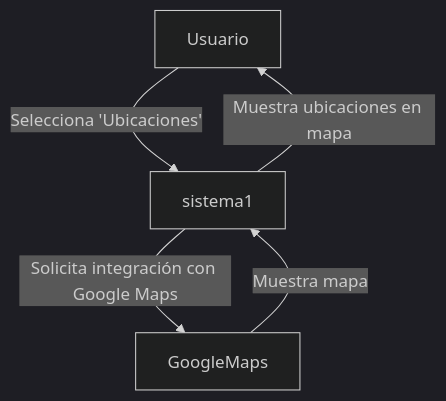
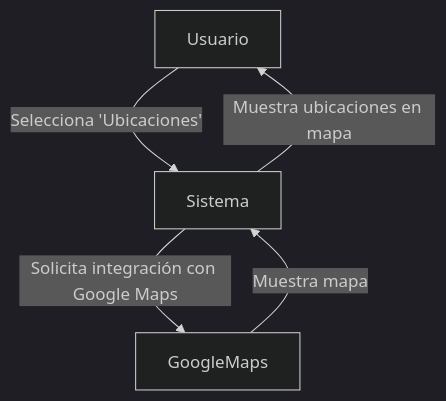
Before and after one commit to UPT-FAING-EPIS/proyecto-si8811a-2024-ii-u2-documentacion-lizarraga_arenas: the seventh of 12 diagrams in README.md, drawn with Mermaid (dark theme). The commit also changed other lines of this file, not shown here.

````diff
--- a/README.md
+++ b/README.md
@@ -207,7 +207,7 @@
 ```mermaid
 flowchart TD
-    actor1[Usuario] -->|Selecciona 'Ubicaciones'| sistema1
+    actor1[Usuario] -->|Selecciona 'Ubicaciones'| sistema1[Sistema]
     sistema1 -->|Solicita integración con Google Maps| googleMaps[GoogleMaps]
     googleMaps -->|Muestra mapa| sistema1
     sistema1 -->|Muestra ubicaciones en mapa| actor1
 ```
````
